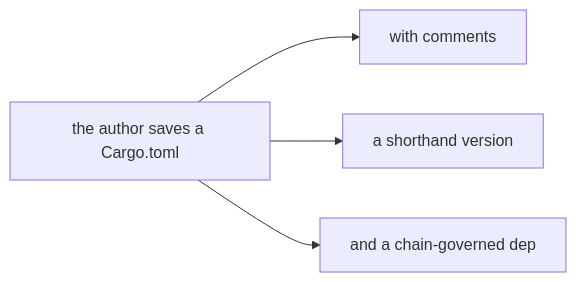
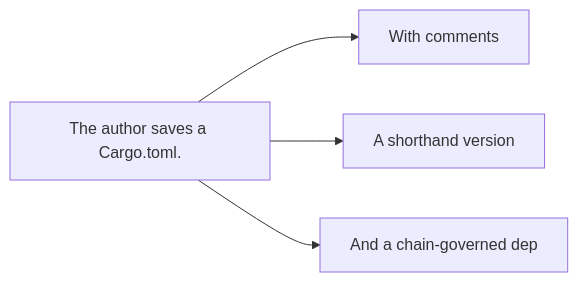
Before and after one commit to PlayForm/Site-DeepSeek: the diagram in Source/Content/Mermaid/govcargo-in-action-setup.mmd, drawn with Mermaid. The commit also changed 174 other files, not shown here.

```diff
--- a/Source/Content/Mermaid/govcargo-in-action-setup.mmd
+++ b/Source/Content/Mermaid/govcargo-in-action-setup.mmd
@@ -1,8 +1,8 @@
 flowchart LR
-	SAVE["the author saves a Cargo.toml"]
-	COMMENTS["with comments"]
-	SHORT["a shorthand version"]
-	CHAIN["and a chain-governed dep"]
+	SAVE["The author saves a Cargo.toml."]
+	COMMENTS["With comments"]
+	SHORT["A shorthand version"]
+	CHAIN["And a chain-governed dep"]
 	SAVE --> COMMENTS
 	SAVE --> SHORT
 	SAVE --> CHAIN
```
